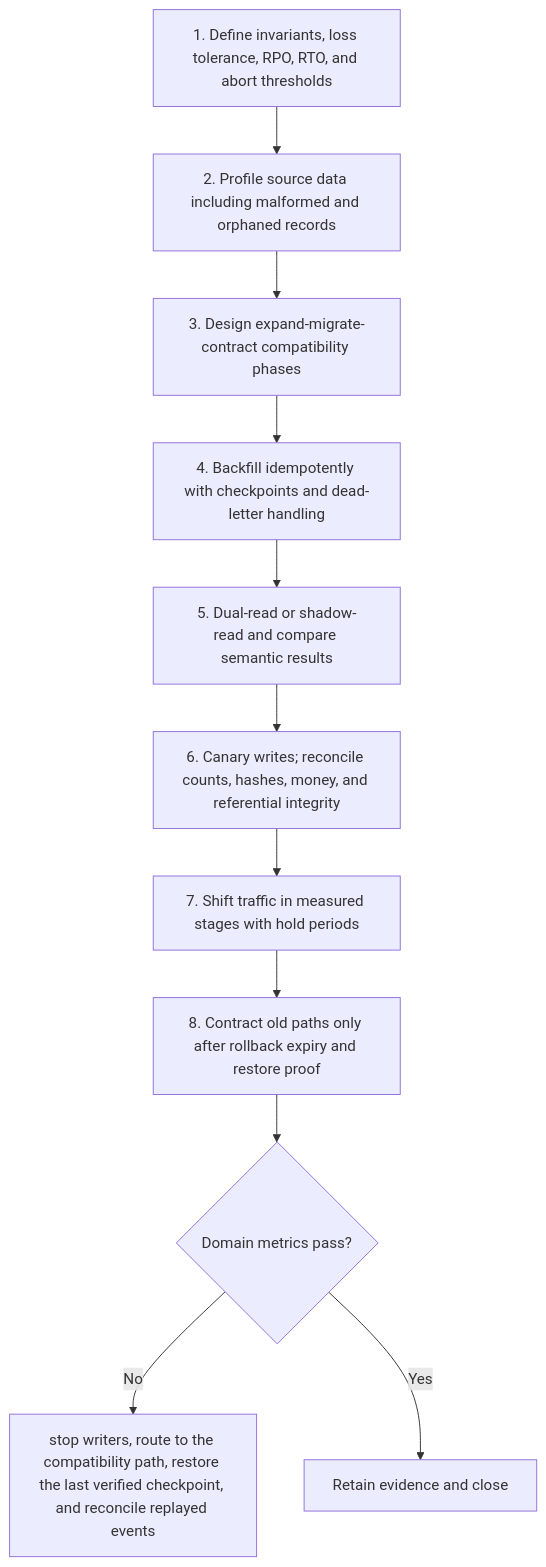
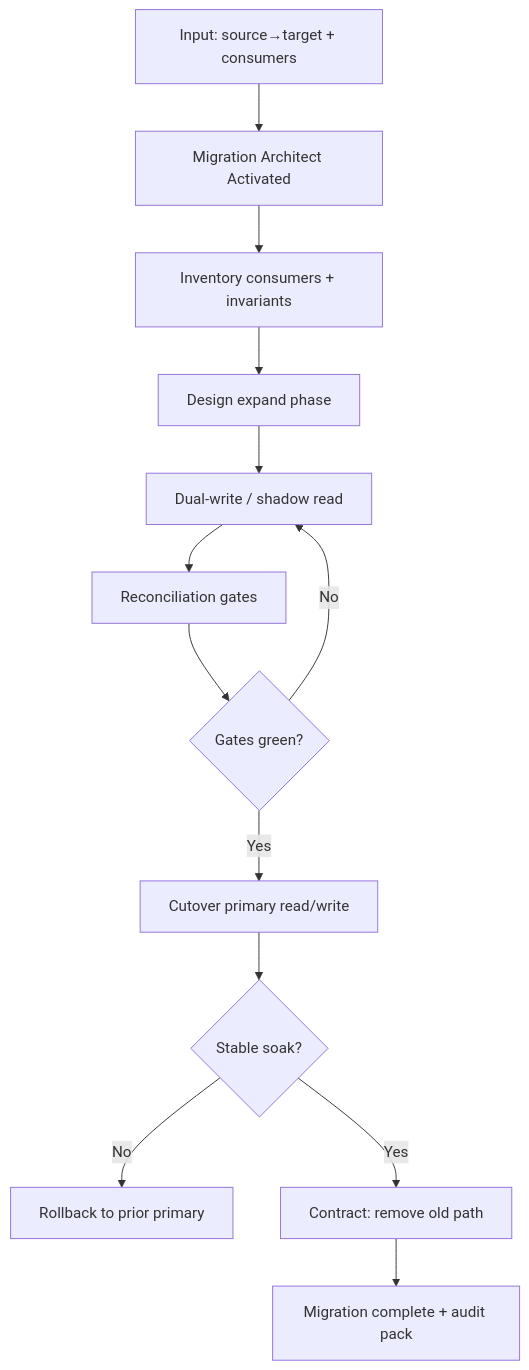
The diagram in content/patterns/migration-pattern/workflow.md (grvmithas/open-ai-engineering-standards), drawn with Mermaid before and after one commit. The commit also changed other lines of this file and 494 other files, not shown here.

````diff
--- a/content/patterns/migration-pattern/workflow.md
+++ b/content/patterns/migration-pattern/workflow.md
@@ -9,14 +11,15 @@
 ```mermaid
 flowchart TD
-  S1[1. Define invariants, loss tolerance, RPO, RTO, and abort thresholds] --> S2
-  S2[2. Profile source data including malformed and orphaned records] --> S3
-  S3[3. Design expand-migrate-contract compatibility phases] --> S4
-  S4[4. Backfill idempotently with checkpoints and dead-letter handling] --> S5
-  S5[5. Dual-read or shadow-read and compare semantic results] --> S6
-  S6[6. Canary writes; reconcile counts, hashes, money, and referential integrity] --> S7
-  S7[7. Shift traffic in measured stages with hold periods] --> S8
-  S8[8. Contract old paths only after rollback expiry and restore proof]
-  S8 --> V{Domain metrics pass?}
-  V -->|No| R[stop writers, route to the compatibility path, restore the last verified checkpoint, and reconcile replayed events]
-  V -->|Yes| C[Retain evidence and close]
+    A[Input: source→target + consumers] --> B[Migration Architect Activated]
+    B --> C[Inventory consumers + invariants]
+    C --> D[Design expand phase]
+    D --> E[Dual-write / shadow read]
+    E --> F[Reconciliation gates]
+    F --> G{Gates green?}
+    G -->|No| E
+    G -->|Yes| H[Cutover primary read/write]
+    H --> I{Stable soak?}
+    I -->|No| J[Rollback to prior primary]
+    I -->|Yes| K[Contract: remove old path]
+    K --> L[Migration complete + audit pack]
 ```
````
